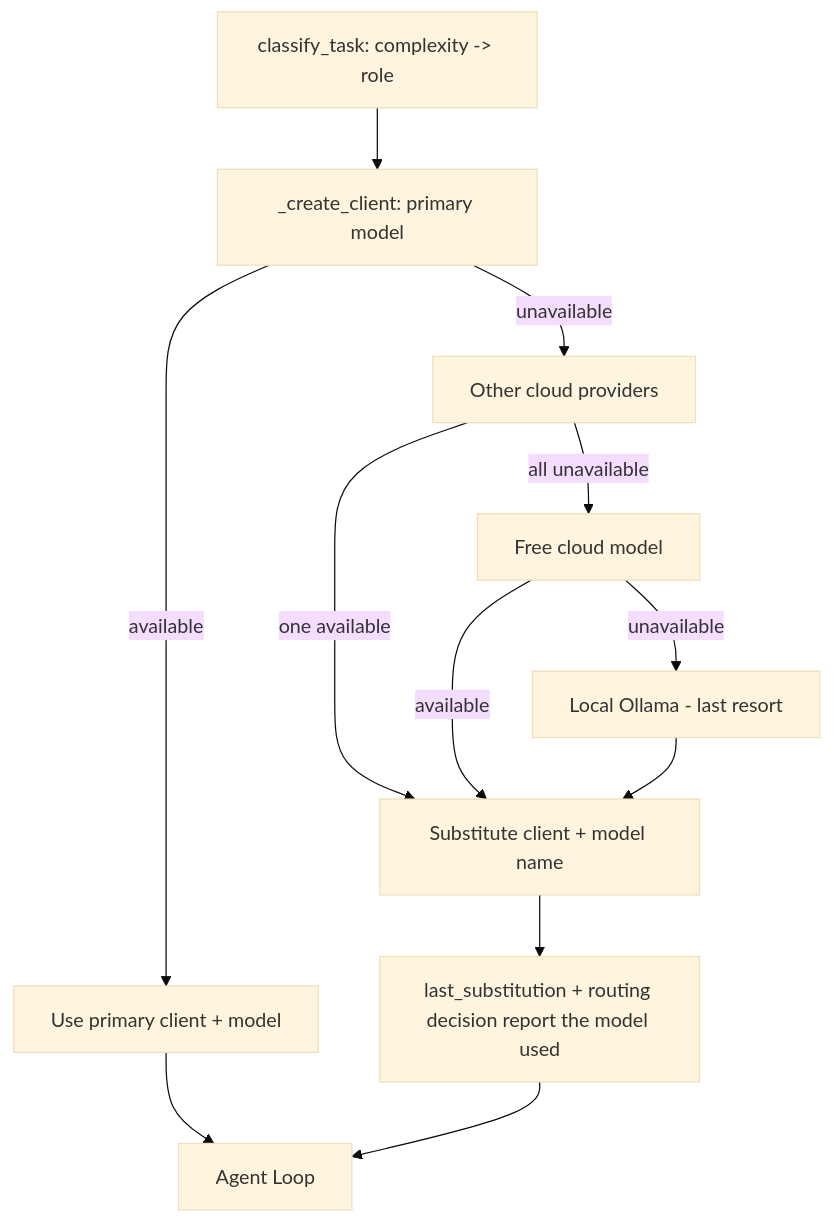
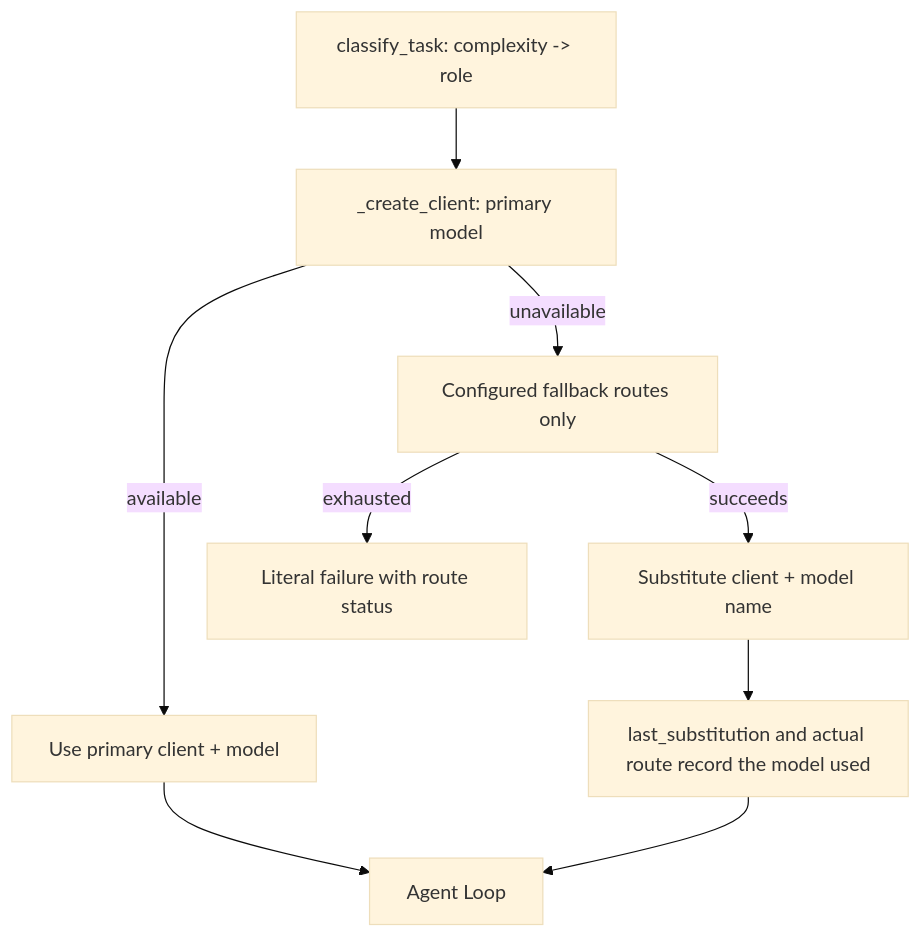
Before and after one commit to Tcuzzo/HydraAgent_public: the third of 3 diagrams in docs/CLI-REFERENCE.md, drawn with Mermaid (base theme). The commit also changed other lines of this file and 2 other files, not shown here.

````diff
--- a/docs/CLI-REFERENCE.md
+++ b/docs/CLI-REFERENCE.md
@@ -248,14 +249,11 @@
 ```mermaid
 flowchart TD
     Classify[classify_task: complexity -> role] --> Create[_create_client: primary model]
     Create -- available --> Use[Use primary client + model]
-    Create -- unavailable --> Cloud[Other cloud providers]
-    Cloud -- one available --> Sub[Substitute client + model name]
-    Cloud -- all unavailable --> Free[Free cloud model]
-    Free -- available --> Sub
-    Free -- unavailable --> Local[Local Ollama - last resort]
-    Local --> Sub
-    Sub --> Record[last_substitution + routing decision report the model used]
+    Create -- unavailable --> Configured[Configured fallback routes only]
+    Configured -- succeeds --> Sub[Substitute client + model name]
+    Configured -- exhausted --> Failure[Literal failure with route status]
+    Sub --> Record[last_substitution and actual route record the model used]
     Use --> Loop[Agent Loop]
     Record --> Loop
 ```
````
